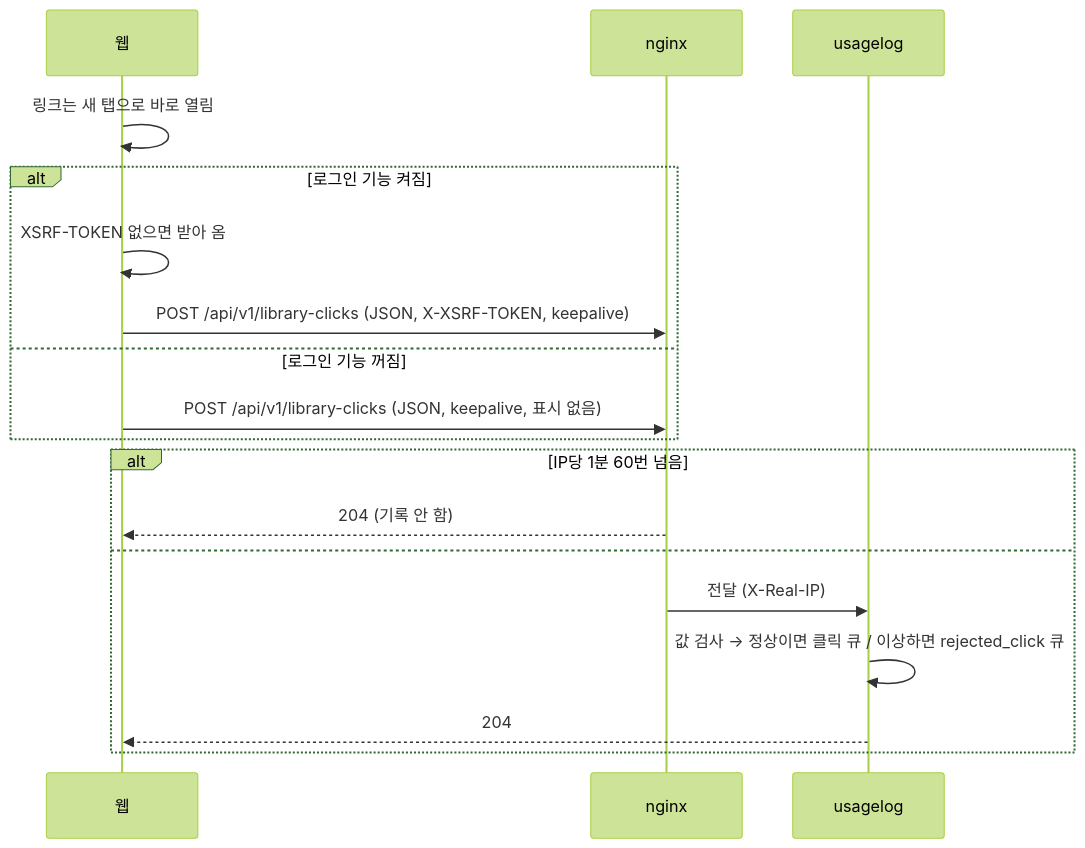
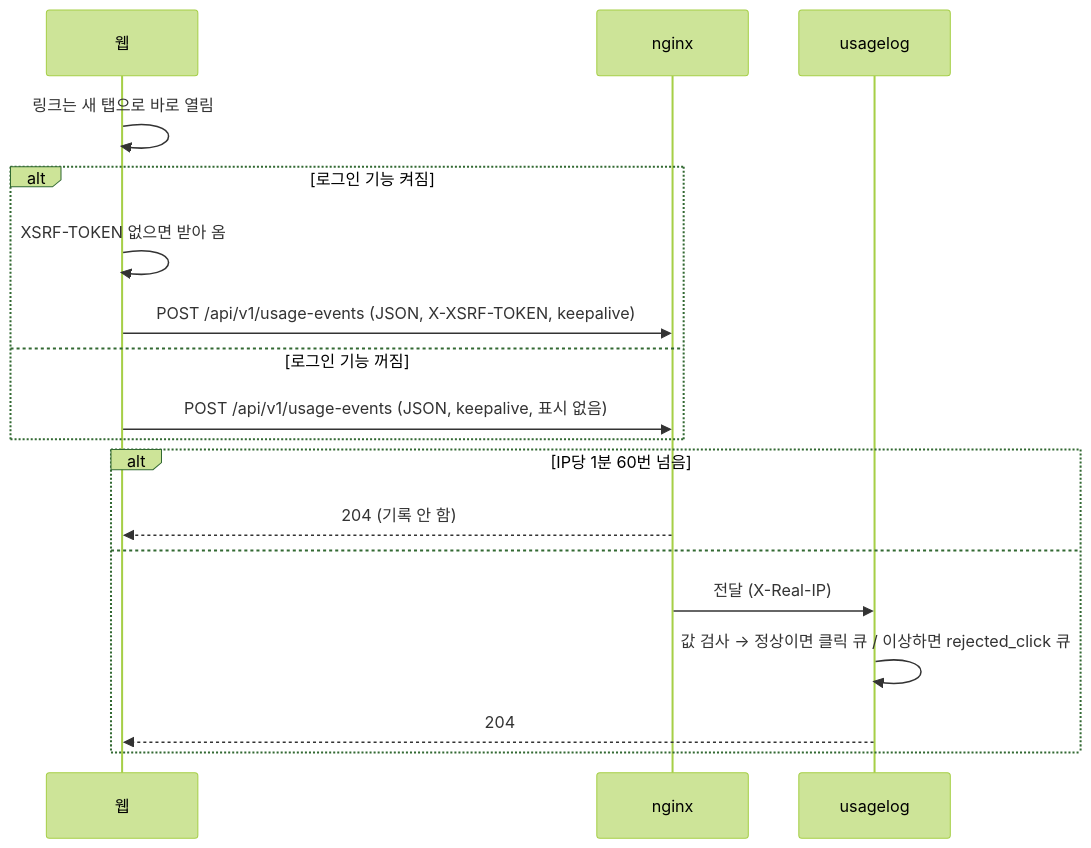
The fourth of 7 diagrams in docs/cycles/15-usage-log/design-delta.md (hodu-sketch/chaekcheck-plan), drawn with Mermaid (forest theme) before and after one commit. The commit also changed other lines of this file and 6 other files, not shown here.

Commit message:
cycle 15: design for added logs (one usage-events endpoint, screen_event typed columns, search_more conditions, library responses as daily per-library summary incl. holding fill)

````diff
--- a/docs/cycles/15-usage-log/design-delta.md
+++ b/docs/cycles/15-usage-log/design-delta.md
@@ -74,20 +74,20 @@
 ```mermaid
 sequenceDiagram
   participant W as 웹
   participant N as nginx
   participant U as usagelog
   W->>W: 링크는 새 탭으로 바로 열림
   alt 로그인 기능 켜짐
     W->>W: XSRF-TOKEN 없으면 받아 옴
-    W->>N: POST /api/v1/library-clicks (JSON, X-XSRF-TOKEN, keepalive)
+    W->>N: POST /api/v1/usage-events (JSON, X-XSRF-TOKEN, keepalive)
   else 로그인 기능 꺼짐
-    W->>N: POST /api/v1/library-clicks (JSON, keepalive, 표시 없음)
+    W->>N: POST /api/v1/usage-events (JSON, keepalive, 표시 없음)
   end
   alt IP당 1분 60번 넘음
     N-->>W: 204 (기록 안 함)
   else
     N->>U: 전달 (X-Real-IP)
     U->>U: 값 검사 → 정상이면 클릭 큐 / 이상하면 rejected_click 큐
     U-->>W: 204
   end
 ```
````
